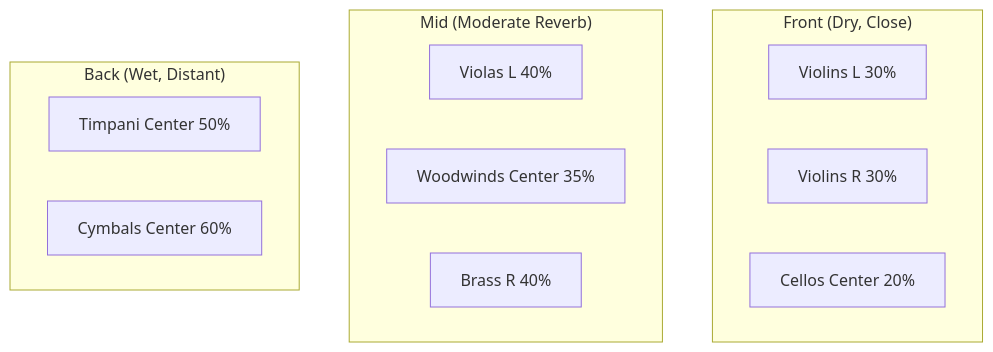
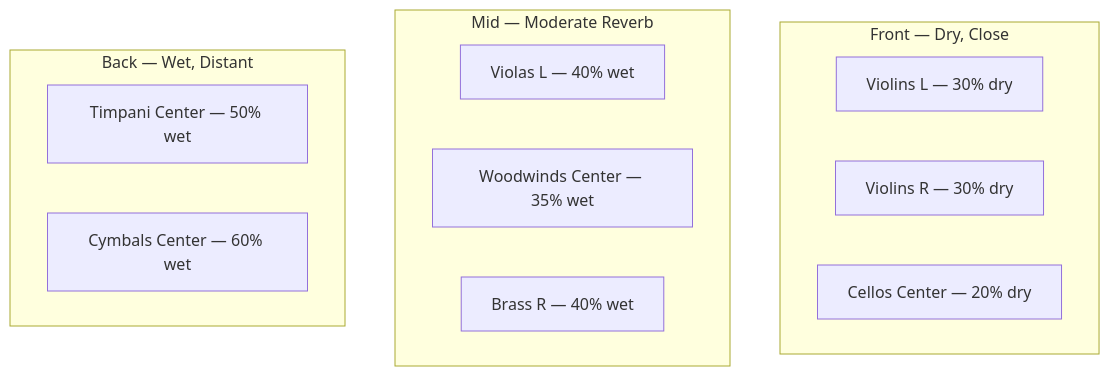
The second of 2 diagrams in topics/arts/composition/film_scoring/labs.md (blebleblee/synapse), drawn with Mermaid before and after one commit. The commit also changed other lines of this file and 4 other files, not shown here.

````diff
--- a/topics/arts/composition/film_scoring/labs.md
+++ b/topics/arts/composition/film_scoring/labs.md
@@ -283,17 +244,17 @@
 ```mermaid
 graph TB
-    subgraph sub_front ["Front (Dry, Close)"]
-        A[Violins L 30%] 
-        B[Violins R 30%]
-        C[Cellos Center 20%]
+    subgraph sub_front ["Front — Dry, Close"]
+        A["Violins L — 30% dry"]
+        B["Violins R — 30% dry"]
+        C["Cellos Center — 20% dry"]
     end
-    subgraph sub_mid ["Mid (Moderate Reverb)"]
-        D[Violas L 40%]
-        E[Woodwinds Center 35%]
-        F[Brass R 40%]
+    subgraph sub_mid ["Mid — Moderate Reverb"]
+        D["Violas L — 40% wet"]
+        E["Woodwinds Center — 35% wet"]
+        F["Brass R — 40% wet"]
     end
-    subgraph sub_back ["Back (Wet, Distant)"]
-        G[Timpani Center 50%]
-        H[Cymbals Center 60%]
+    subgraph sub_back ["Back — Wet, Distant"]
+        G["Timpani Center — 50% wet"]
+        H["Cymbals Center — 60% wet"]
     end
 ```
````
